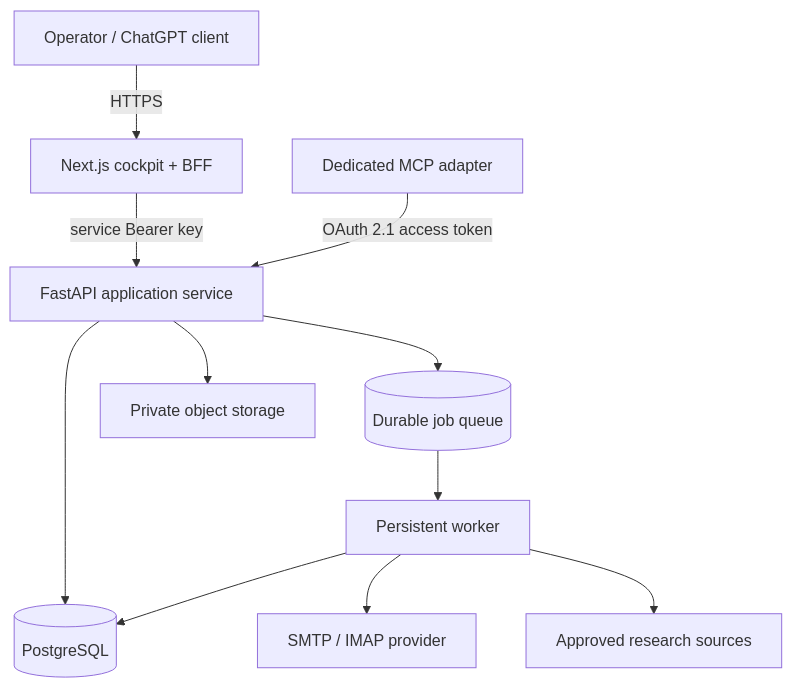
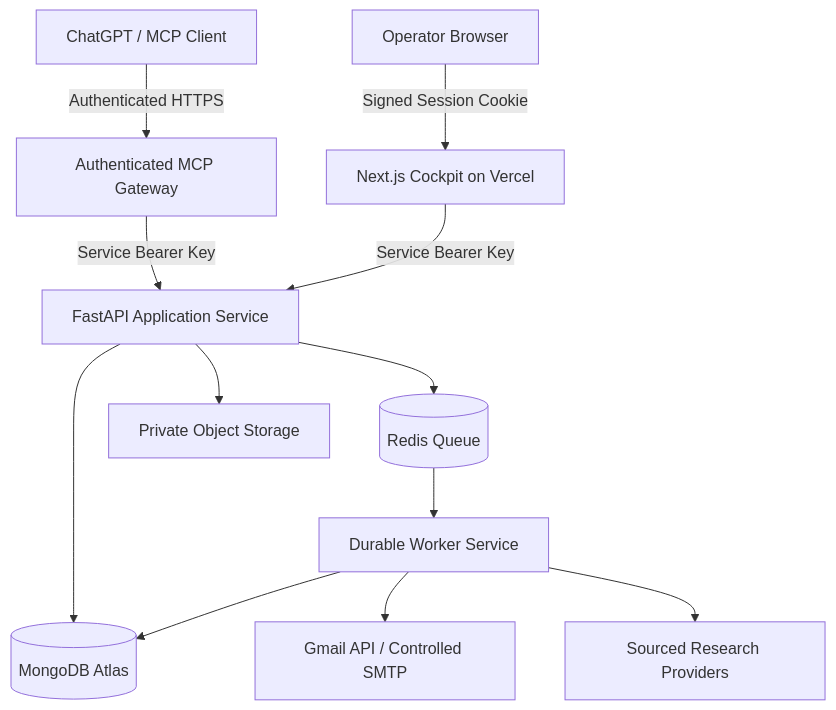
One commit to MuhammadMinhaj229/automation-carrer--outreach changed the diagram in docs/ARCHITECTURE.md. Above: the diagram before and after it, drawn with Mermaid. The commit also changed other lines of this file and 44 other files, not shown here.

Commit message:
feat(security): complete MongoDB + durable worker architecture, 8 MCP tools, and PII cleanup

````diff
--- a/docs/ARCHITECTURE.md
+++ b/docs/ARCHITECTURE.md
@@ -5,13 +5,14 @@
 ```mermaid
 flowchart TD
-  User[Operator / ChatGPT client] -->|HTTPS| Vercel[Next.js cockpit + BFF]
-  Vercel -->|service Bearer key| API[FastAPI application service]
-  API --> DB[(PostgreSQL)]
-  API --> Queue[(Durable job queue)]
-  Queue --> Worker[Persistent worker]
-  Worker --> DB
-  Worker --> Mail[SMTP / IMAP provider]
-  Worker --> Sources[Approved research sources]
-  API --> Storage[Private object storage]
-  MCP[Dedicated MCP adapter] -->|OAuth 2.1 access token| API
+  Client[ChatGPT / MCP Client] -->|Authenticated HTTPS| MCP[Authenticated MCP Gateway]
+  Operator[Operator Browser] -->|Signed Session Cookie| Vercel[Next.js Cockpit on Vercel]
+  MCP -->|Service Bearer Key| API[FastAPI Application Service]
+  Vercel -->|Service Bearer Key| API
+  API --> Mongo[(MongoDB Atlas)]
+  API --> Redis[(Redis Queue)]
+  Redis --> Worker[Durable Worker Service]
+  Worker --> Mongo
+  Worker --> Mail[Gmail API / Controlled SMTP]
+  Worker --> Sources[Sourced Research Providers]
+  API --> Storage[Private Object Storage]
 ```
````
